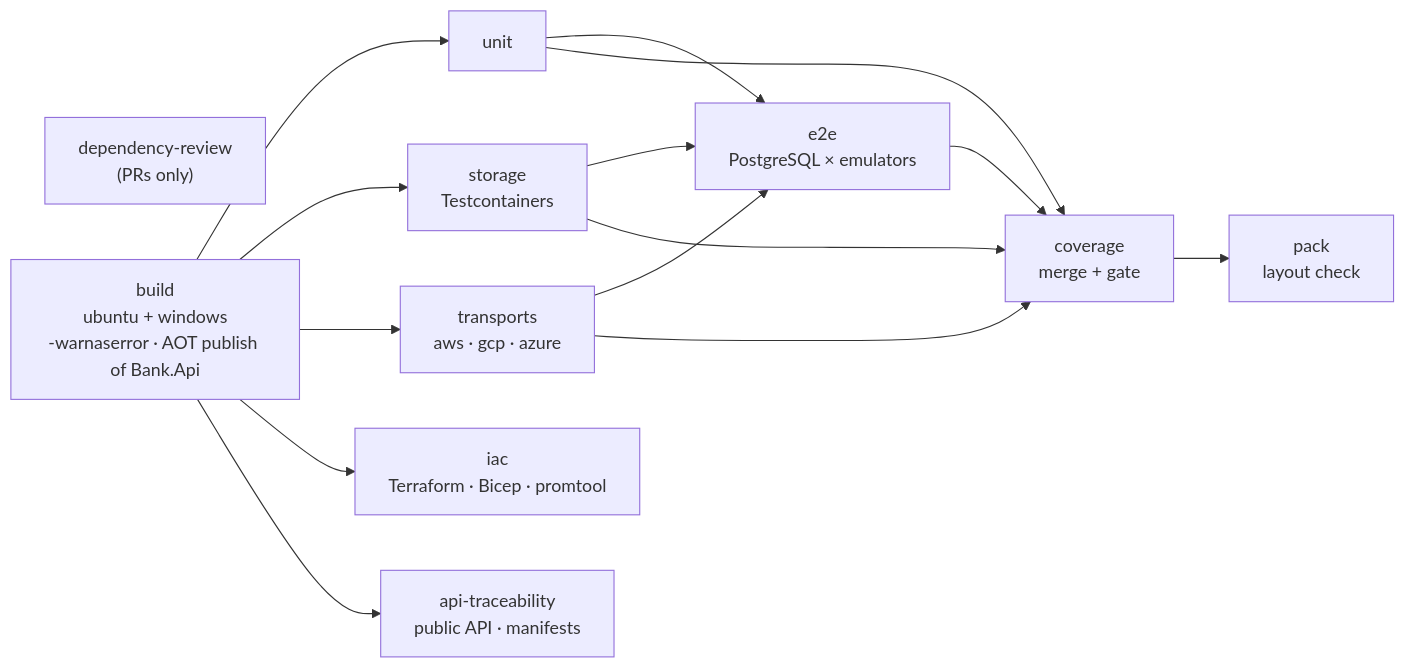
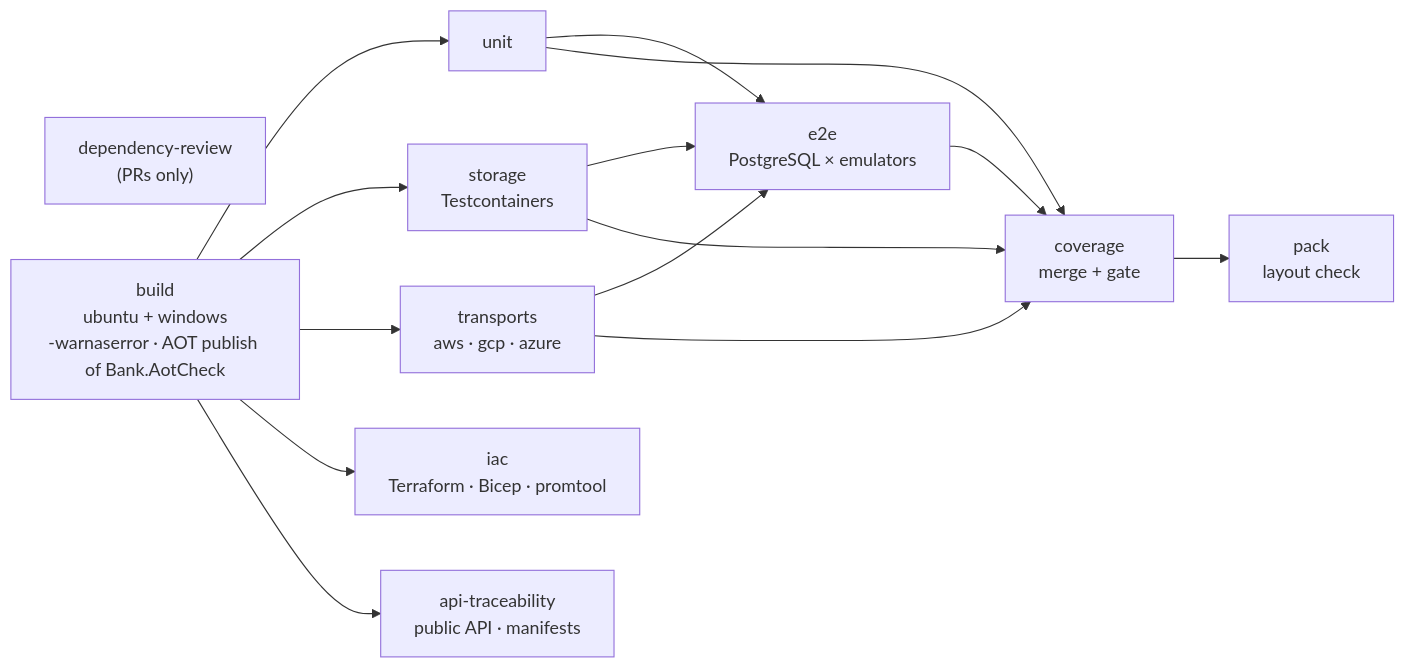
One commit to CodeShayk/SourceFlow.Net changed the second of 2 diagrams in docs/v3.0.0/Documentation/GitHub-Actions-Setup.md. Above: the diagram before and after it, drawn with Mermaid. The commit also changed other lines of this file and 137 other files, not shown here.

````diff
--- a/docs/v3.0.0/Documentation/GitHub-Actions-Setup.md
+++ b/docs/v3.0.0/Documentation/GitHub-Actions-Setup.md
@@ -71,12 +71,12 @@
 ```mermaid
 flowchart LR
     DR["dependency-review<br/>(PRs only)"]
-    B["build<br/>ubuntu + windows<br/>-warnaserror · AOT publish of Bank.Api"] --> U[unit]
+    B["build<br/>ubuntu + windows<br/>-warnaserror · AOT publish of Bank.AotCheck"] --> U[unit]
     B --> S["storage<br/>Testcontainers"]
     B --> T["transports<br/>aws · gcp · azure"]
     B --> I["iac<br/>Terraform · Bicep · promtool"]
     B --> A["api-traceability<br/>public API · manifests"]
     U & S & T --> E["e2e<br/>PostgreSQL × emulators"]
     U & S & T & E --> C["coverage<br/>merge + gate"]
     C --> K["pack<br/>layout check"]
 ```
````
